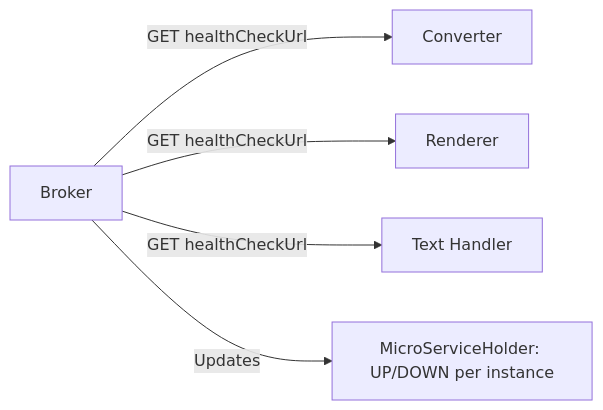
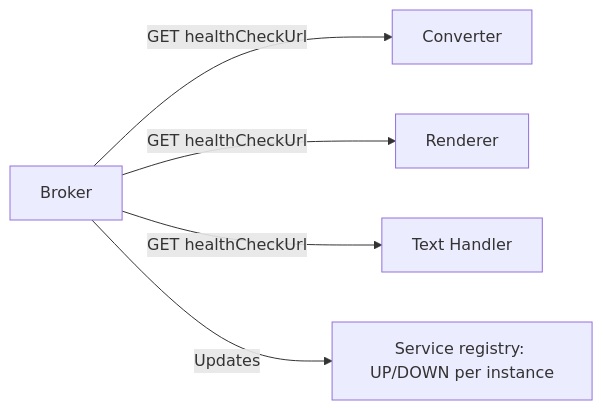
One commit to Uxopian/uxodocs changed the diagram in docs/arender/operations/monitoring.md. Above: the diagram before and after it, drawn with Mermaid. The commit also changed other lines of this file and 6 other files, not shown here.

````diff
--- a/docs/arender/operations/monitoring.md
+++ b/docs/arender/operations/monitoring.md
@@ -288,7 +288,7 @@
 ```mermaid
 graph LR
     SB[Broker] -->|GET healthCheckUrl| DC[Converter]
     SB -->|GET healthCheckUrl| DR[Renderer]
     SB -->|GET healthCheckUrl| DT[Text Handler]
-    SB -->|Updates| MH[MicroServiceHolder: UP/DOWN per instance]
+    SB -->|Updates| MH[Service registry: UP/DOWN per instance]
 ```
````
